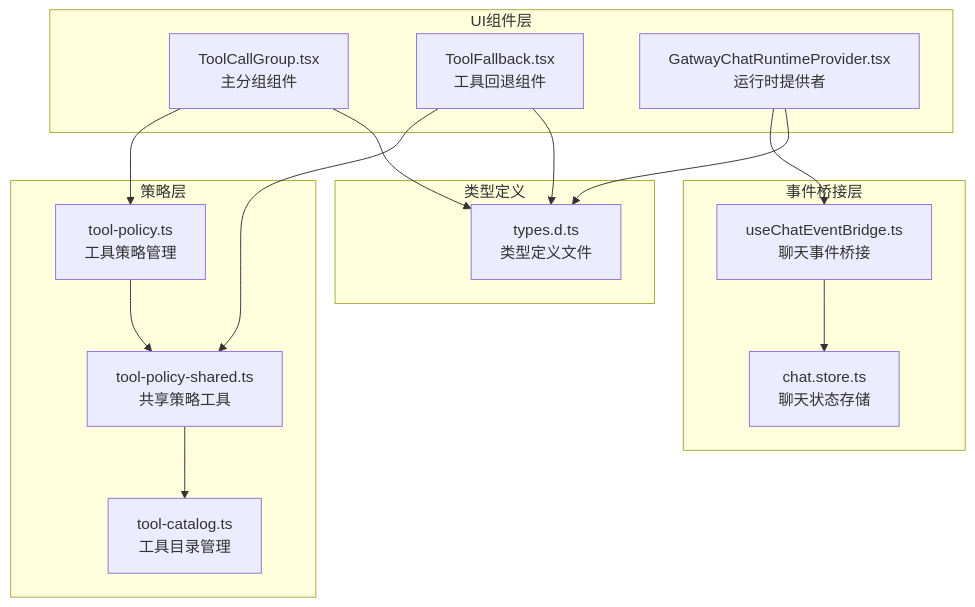
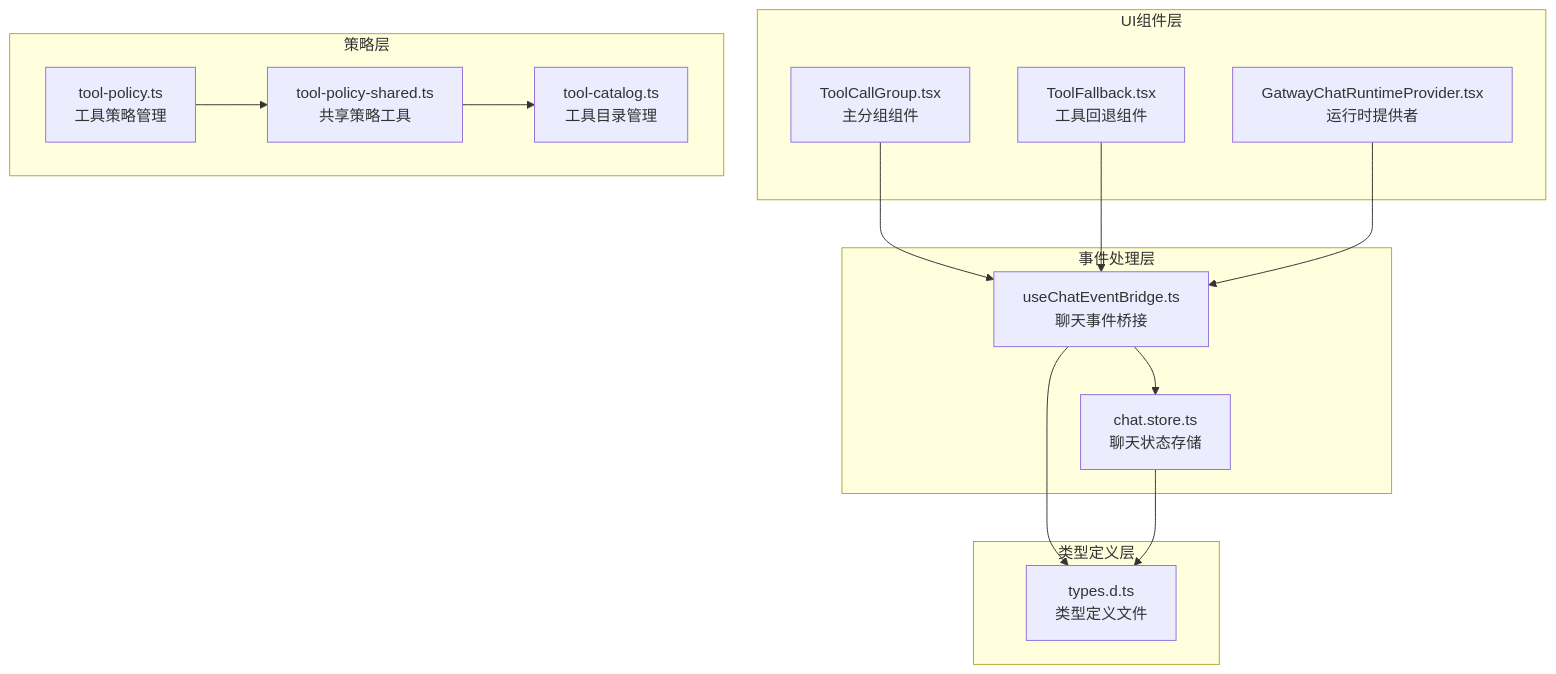
Before and after one commit to verse-ai-org/openclaw: the first of 9 diagrams in .qoder/repowiki/zh/content/Web界面/UI组件系统/工具调用分组组件.md, drawn with Mermaid. The commit also changed other lines of this file and 18 other files, not shown here.

````diff
--- a/.qoder/repowiki/zh/content/Web界面/UI组件系统/工具调用分组组件.md
+++ b/.qoder/repowiki/zh/content/Web界面/UI组件系统/工具调用分组组件.md
@@ -48,29 +49,28 @@
 ```mermaid
 graph TB
 subgraph "UI组件层"
 A[ToolCallGroup.tsx<br/>主分组组件]
 B[ToolFallback.tsx<br/>工具回退组件]
 C[GatwayChatRuntimeProvider.tsx<br/>运行时提供者]
 end
+subgraph "事件处理层"
+D[useChatEventBridge.ts<br/>聊天事件桥接]
+E[chat.store.ts<br/>聊天状态存储]
+end
 subgraph "策略层"
-D[tool-policy.ts<br/>工具策略管理]
-E[tool-policy-shared.ts<br/>共享策略工具]
-F[tool-catalog.ts<br/>工具目录管理]
+F[tool-policy.ts<br/>工具策略管理]
+G[tool-policy-shared.ts<br/>共享策略工具]
+H[tool-catalog.ts<br/>工具目录管理]
 end
-subgraph "事件桥接层"
-G[useChatEventBridge.ts<br/>聊天事件桥接]
-H[chat.store.ts<br/>聊天状态存储]
-end
-subgraph "类型定义"
+subgraph "类型定义层"
 I[types.d.ts<br/>类型定义文件]
 end
 A --> D
-B --> E
-C --> G
+B --> D
+C --> D
+D --> E
+F --> G
 G --> H
-D --> E
-E --> F
-A --> I
-B --> I
-C --> I
+D --> I
+E --> I
 ```
````
